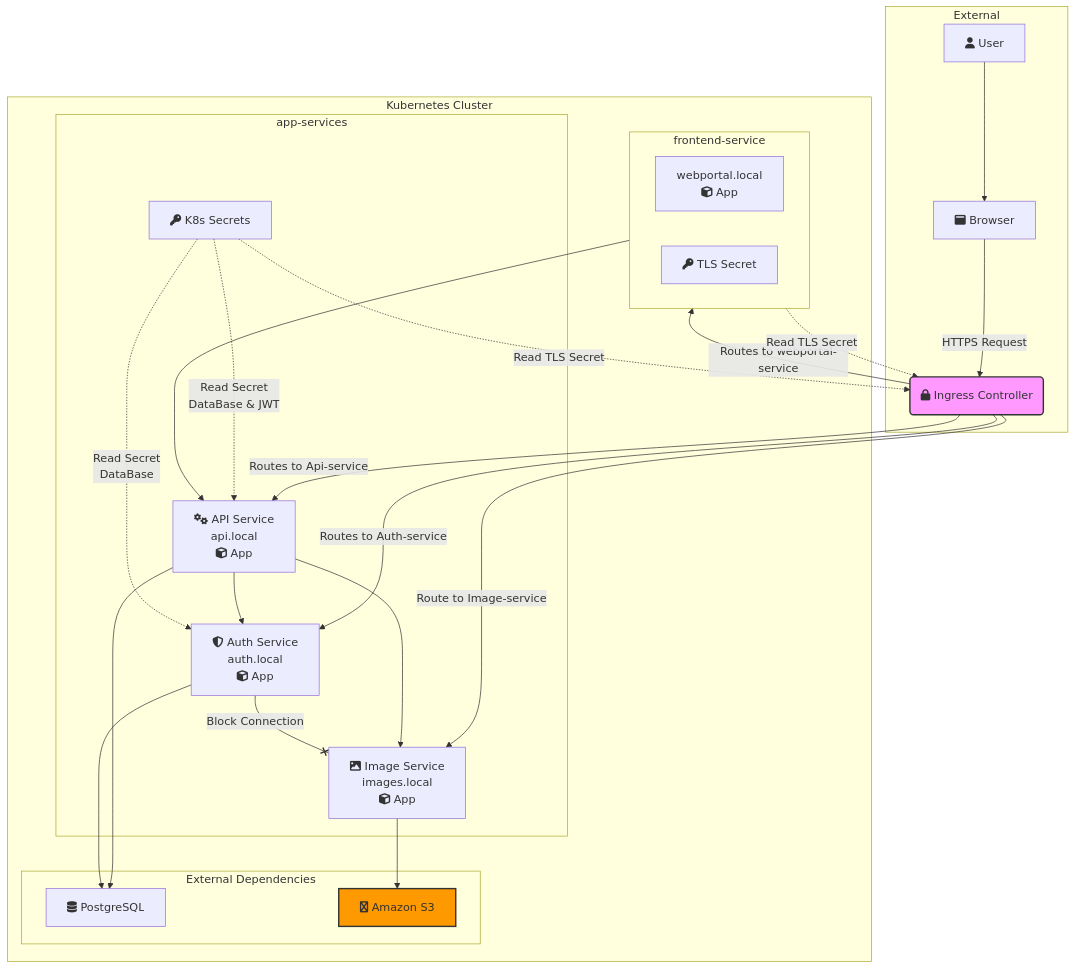
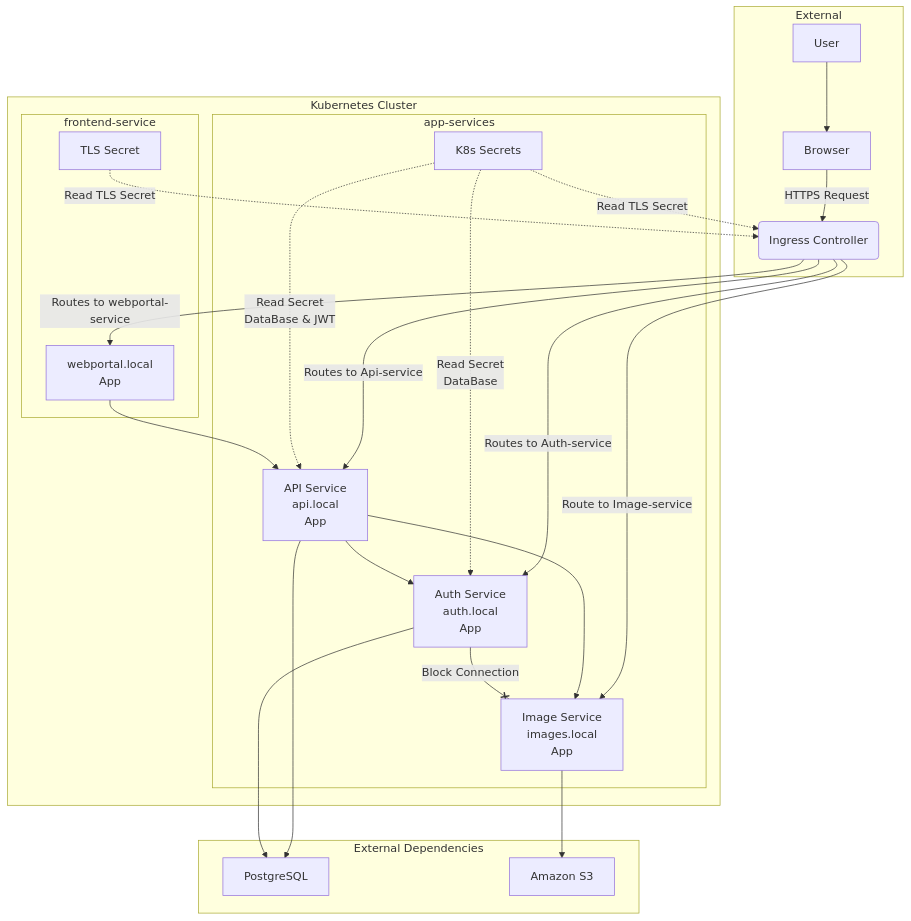
The diagram in README.md (Pep15/Practical_SRE), drawn with Mermaid before and after one commit.

````diff
--- a/README.md
+++ b/README.md
@@ -5,52 +5,46 @@
 ```mermaid
 graph TD
-    subgraph "External"
-        User[fa:fa-user User] --> Browser[fa:fa-window-maximize Browser]
-        Browser --> |HTTPS Request| Ingress(fa:fa-lock Ingress Controller)
+    subgraph External
+        User --> Browser
+        Browser --> |HTTPS Request| Ingress(Ingress Controller)
     end
 
     subgraph "Kubernetes Cluster"
-        subgraph frontend-service
-            direction LR
-            WebPortal["webportal.local <br> fa:fa-cube App"]
-            SecretFE[fa:fa-key TLS Secret]
+        subgraph "frontend-service"
+            WebPortal["webportal.local <br> App"]
+            TLS_Secret_FE["TLS Secret"]
         end
 
-        subgraph app-services
-            APIService["fa:fa-cogs API Service <br> api.local <br> fa:fa-cube App"]
-            AuthService["fa:fa-shield-alt Auth Service <br> auth.local <br> fa:fa-cube App"]
-            ImageService["fa:fa-image Image Service <br> images.local <br> fa:fa-cube App"]
-            SecretBE[fa:fa-key K8s Secrets]
+        subgraph "app-services"
+            K8s_Secrets["K8s Secrets"]
+            APIService["API Service <br> api.local <br> App"]
+            AuthService["Auth Service <br> auth.local <br> App"]
+            ImageService["Image Service <br> images.local <br> App"]
         end
-
-        subgraph "External Dependencies"
-            PostgreSQL[fa:fa-database PostgreSQL]
-            S3[fa:fa-aws Amazon S3]
-        end
-
-        Ingress -- "Routes to webportal-service" --> WebPortal
-        Ingress -- "Routes to Api-service" --> APIService
-        Ingress -- "Route to Image-service" --> ImageService
-        Ingress -- "Routes to Auth-service" --> AuthService
-
-        SecretFE -. "Read TLS Secret" .-> Ingress
-        SecretBE -. "Read TLS Secret" .-> Ingress
-
-        WebPortal --> APIService
-
-        APIService --> AuthService
-        APIService --> ImageService
-        APIService --> PostgreSQL
-        AuthService --> PostgreSQL
-
-        ImageService --> S3
-
-        SecretBE -. "Read Secret <br> DataBase & JWT" .-> APIService
-        SecretBE -. "Read Secret <br> DataBase" .-> AuthService
-
-        AuthService --x |Block Connection| ImageService
     end
 
-    style Ingress fill:#f9f,stroke:#333,stroke-width:2px
-    style S3 fill:#FF9900,stroke:#333,stroke-width:2px
+    subgraph "External Dependencies"
+        PostgreSQL
+        S3["Amazon S3"]
+    end
+
+    %% Connections
+    Ingress --> |Routes to webportal-service| WebPortal
+    Ingress --> |Routes to Api-service| APIService
+    Ingress --> |Routes to Auth-service| AuthService
+    Ingress --> |Route to Image-service| ImageService
+
+    TLS_Secret_FE -.-> |"Read TLS Secret"| Ingress
+    K8s_Secrets -.-> |"Read TLS Secret"| Ingress
+
+    K8s_Secrets -.-> |"Read Secret <br> DataBase & JWT"| APIService
+    K8s_Secrets -.-> |"Read Secret <br> DataBase"| AuthService
+
+    WebPortal --> APIService
+    APIService --> AuthService
+    APIService --> ImageService
+    APIService --> PostgreSQL
+    AuthService --> PostgreSQL
+    ImageService --> S3
+    AuthService --x |"Block Connection"| ImageService
 ```
````
